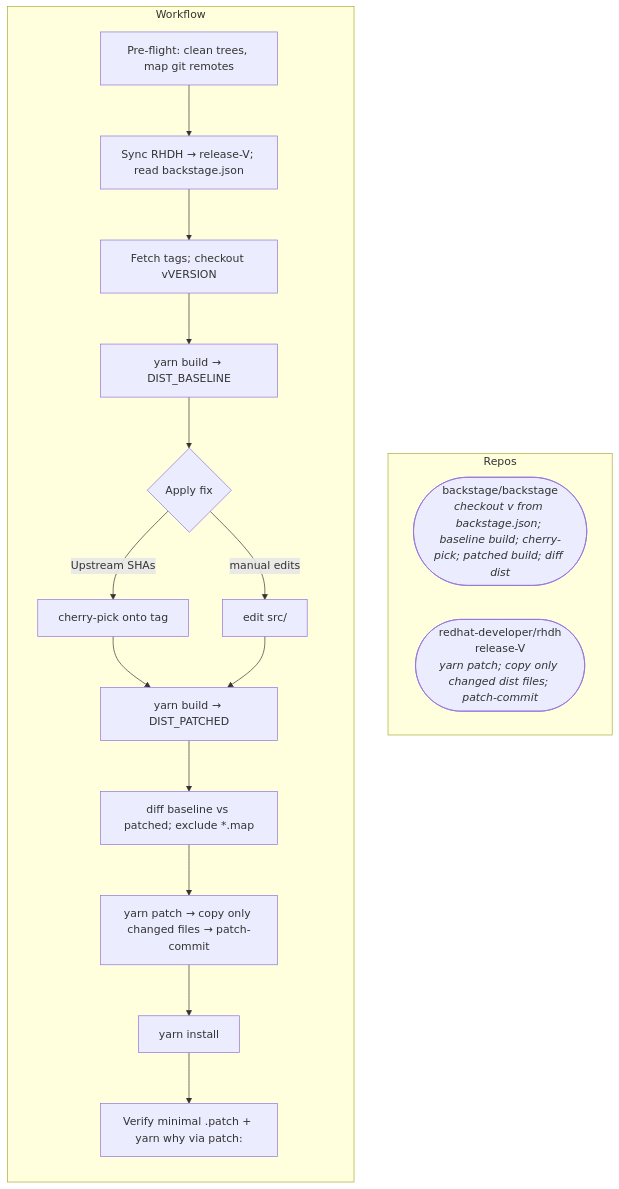
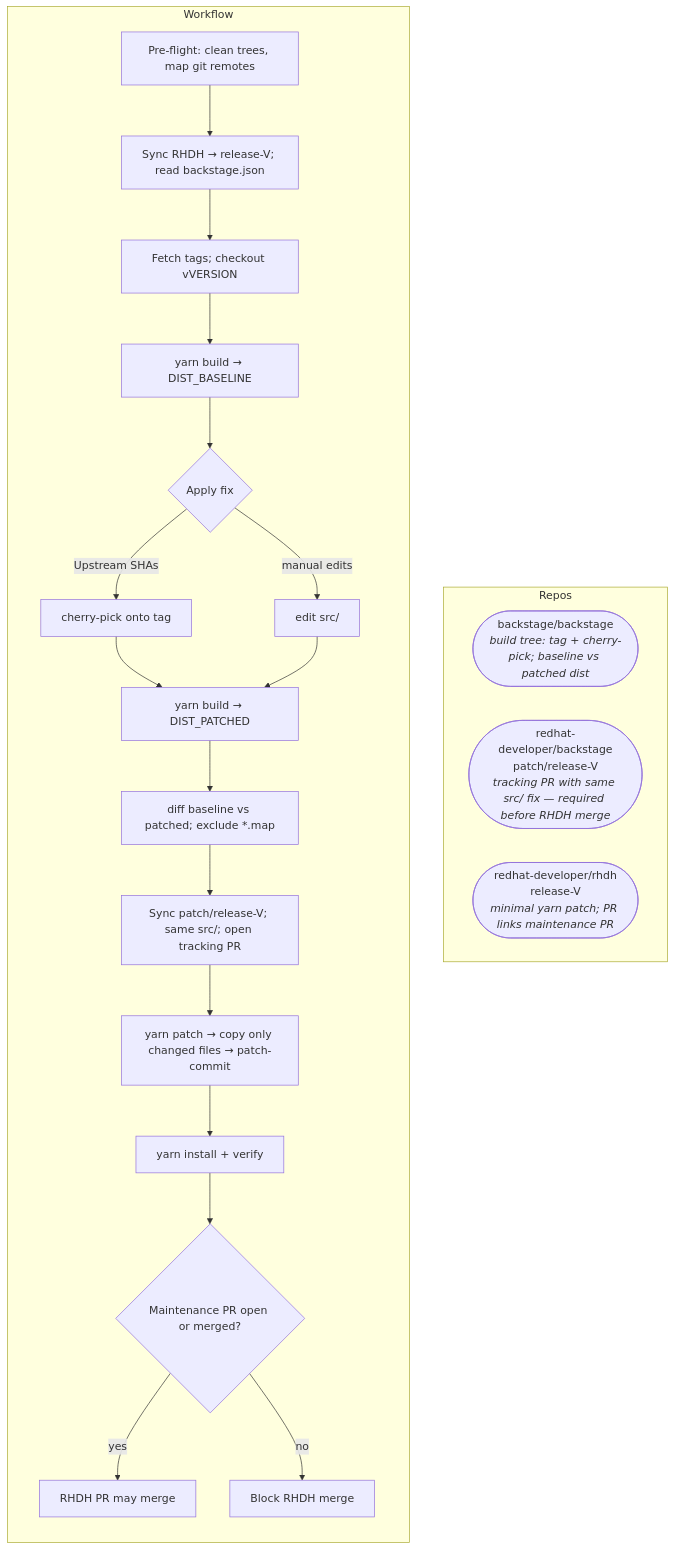
Before and after one commit to JessicaJHee/rhdh-skills: the diagram in skills/ci/rhdh-patch-backstage/workflows/overview.md, drawn with Mermaid. The commit also changed other lines of this file and 3 other files, not shown here.

First line of the commit message:
feat(ci): gate RHDH yarn patches on maintenance tracking PR

````diff
--- a/skills/ci/rhdh-patch-backstage/workflows/overview.md
+++ b/skills/ci/rhdh-patch-backstage/workflows/overview.md
@@ -9,24 +9,28 @@
 ```mermaid
 flowchart TB
   subgraph repos["Repos"]
     direction LR
-    U(["backstage/backstage<br/><i>checkout v from backstage.json; baseline build; cherry-pick; patched build; diff dist</i>"])
-    R(["redhat-developer/rhdh<br/>release-V<br/><i>yarn patch; copy only changed dist files; patch-commit</i>"])
+    U(["backstage/backstage<br/><i>build tree: tag + cherry-pick; baseline vs patched dist</i>"])
+    M(["redhat-developer/backstage<br/>patch/release-V<br/><i>tracking PR with same src/ fix — required before RHDH merge</i>"])
+    R(["redhat-developer/rhdh<br/>release-V<br/><i>minimal yarn patch; PR links maintenance PR</i>"])
   end
 
   subgraph work["Workflow"]
     direction TB
     P[Pre-flight: clean trees, map git remotes] --> S1[Sync RHDH → release-V; read backstage.json]
     S1 --> S2[Fetch tags; checkout vVERSION]
     S2 --> B0[yarn build → DIST_BASELINE]
     B0 --> S3{Apply fix}
     S3 -->|Upstream SHAs| CP[cherry-pick onto tag]
     S3 -->|manual edits| ME[edit src/]
     CP --> B1[yarn build → DIST_PATCHED]
     ME --> B1
     B1 --> D[diff baseline vs patched; exclude *.map]
-    D --> RHDH[yarn patch → copy only changed files → patch-commit]
-    RHDH --> I[yarn install]
-    I --> V[Verify minimal .patch + yarn why via patch:]
+    D --> T[Sync patch/release-V; same src/; open tracking PR]
+    T --> RHDH[yarn patch → copy only changed files → patch-commit]
+    RHDH --> I[yarn install + verify]
+    I --> G{Maintenance PR open or merged?}
+    G -->|yes| MOK[RHDH PR may merge]
+    G -->|no| BLOCK[Block RHDH merge]
   end
 ```
````
